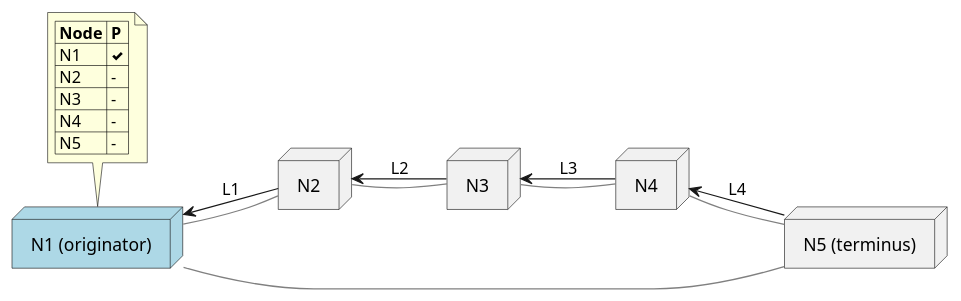
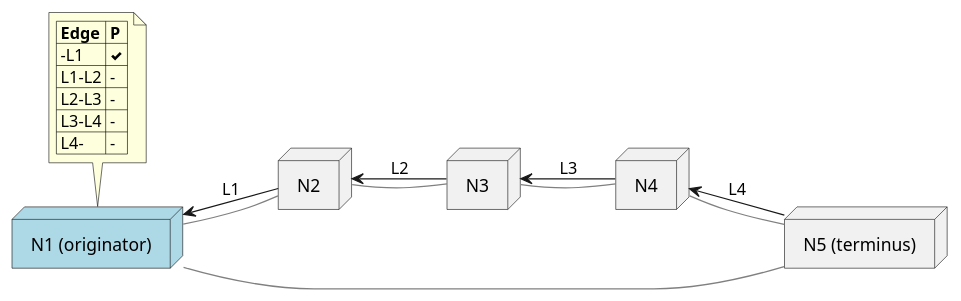
The diagram in doc/figures/promise-start.puml (gotchoices/ChipNet), drawn with PlantUML before and after one commit. The commit also changed 40 other files, not shown here.

```diff
--- a/doc/figures/promise-start.puml
+++ b/doc/figures/promise-start.puml
@@ -1,29 +1,30 @@
 @startuml
 left to right direction
 
 node "N1 (originator)" as N1 #LightBlue
 node N2
 node N3
 node N4
 node "N5 (terminus)" as N5
 
 N2 -[#Gray]- N1
 N1 <-- N2 : L1
 N2 <-- N3 : L2
 N3 -[#Gray]- N2
 N3 <-- N4 : L3
 N4 -[#Gray]- N3
 N4 <-- N5 : L4
 N5 -[#Gray]- N4
 N1 -[#Gray]- N5
 
 note top of N1
-    |= Node |= P |
-    | N1 | <&check> |
-    | N2 | - |
-    | N3 | - |
-    | N4 | - |
-    | N5 | - |
+    |= Edge |= P |
+    | -L1 | <&check> |
+    | L1-L2 | - |
+    | L2-L3 | - |
+    | L3-L4 | - |
+    | L4- | - |
 end note
 
+
 @enduml
```
